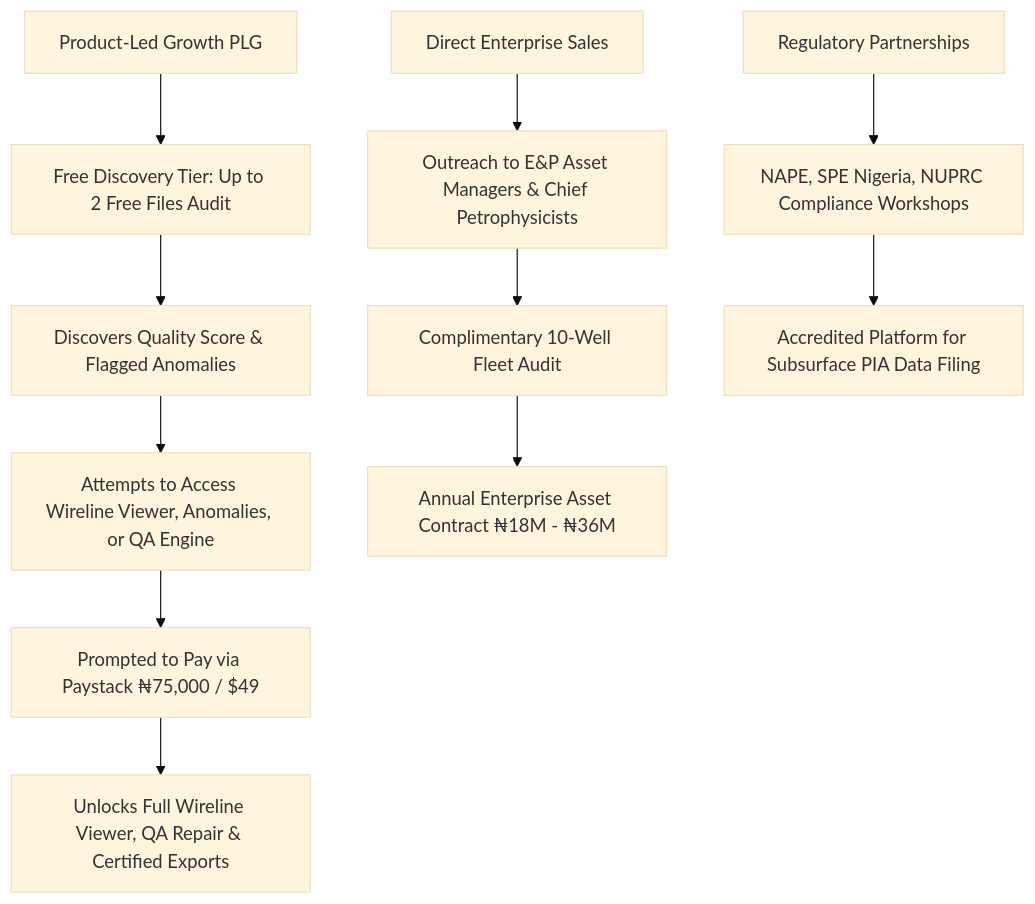
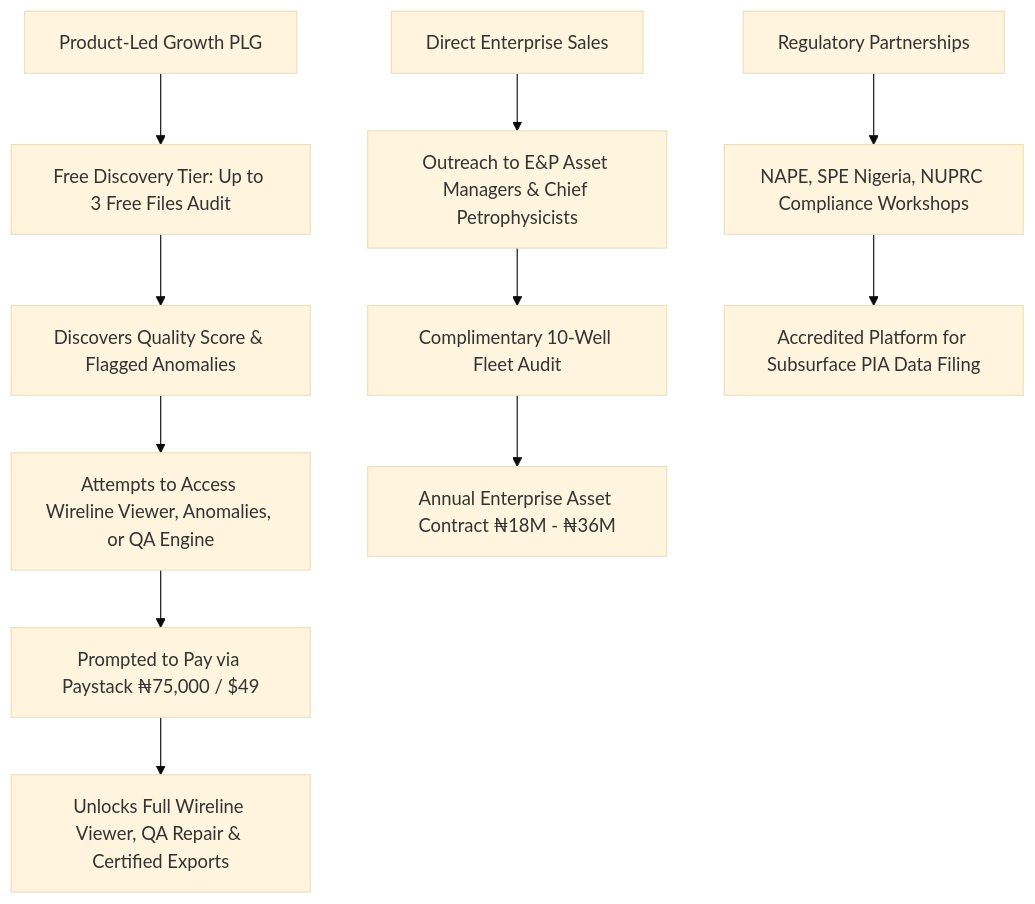
Before and after one commit to 8GUYS/wellqc: the fourth of 5 diagrams in Documentations/wellqc_business_plan_and_proposal.md, drawn with Mermaid (base theme). The commit also changed other lines of this file and 16 other files, not shown here.

````diff
--- a/Documentations/wellqc_business_plan_and_proposal.md
+++ b/Documentations/wellqc_business_plan_and_proposal.md
@@ -224,15 +224,15 @@
 ```mermaid
 flowchart TD
-    GTM1[Product-Led Growth PLG] --> C1[Free Discovery Tier: Up to 2 Free Files Audit]
+    GTM1[Product-Led Growth PLG] --> C1[Free Discovery Tier: Up to 3 Free Files Audit]
     C1 --> C2[Discovers Quality Score & Flagged Anomalies]
     C2 --> C3[Attempts to Access Wireline Viewer, Anomalies, or QA Engine]
     C3 --> C4[Prompted to Pay via Paystack ₦75,000 / $49]
     C4 --> C5[Unlocks Full Wireline Viewer, QA Repair & Certified Exports]
     
     GTM2[Direct Enterprise Sales] --> D1[Outreach to E&P Asset Managers & Chief Petrophysicists]
     D1 --> D2[Complimentary 10-Well Fleet Audit]
     D2 --> D3[Annual Enterprise Asset Contract ₦18M - ₦36M]
     
     GTM3[Regulatory Partnerships] --> R1[NAPE, SPE Nigeria, NUPRC Compliance Workshops]
     R1 --> R2[Accredited Platform for Subsurface PIA Data Filing]
 ```
````
